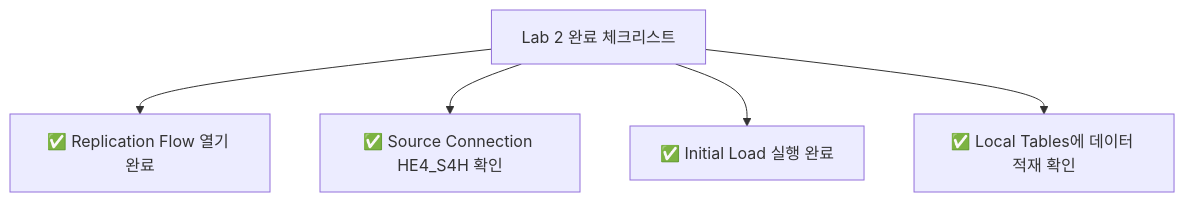
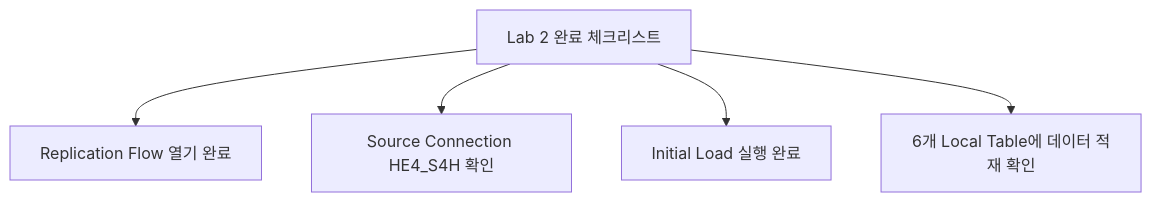
The sixth of 6 diagrams in labs/lab2-replication-flow.md (youngseols925/sap-datasphere-bdc-workshop), drawn with Mermaid before and after one commit. The commit also changed other lines of this file and 5 other files, not shown here.

````diff
--- a/labs/lab2-replication-flow.md
+++ b/labs/lab2-replication-flow.md
@@ -171,7 +176,7 @@
 ```mermaid
 graph TD
-    A["Lab 2 완료 체크리스트"] --> B["✅ Replication Flow 열기 완료"]
-    A --> C["✅ Source Connection HE4_S4H 확인"]
-    A --> D["✅ Initial Load 실행 완료"]
-    A --> E["✅ Local Tables에 데이터 적재 확인"]
+    A["Lab 2 완료 체크리스트"] --> B["Replication Flow 열기 완료"]
+    A --> C["Source Connection HE4_S4H 확인"]
+    A --> D["Initial Load 실행 완료"]
+    A --> E["6개 Local Table에 데이터 적재 확인"]
 ```
````
